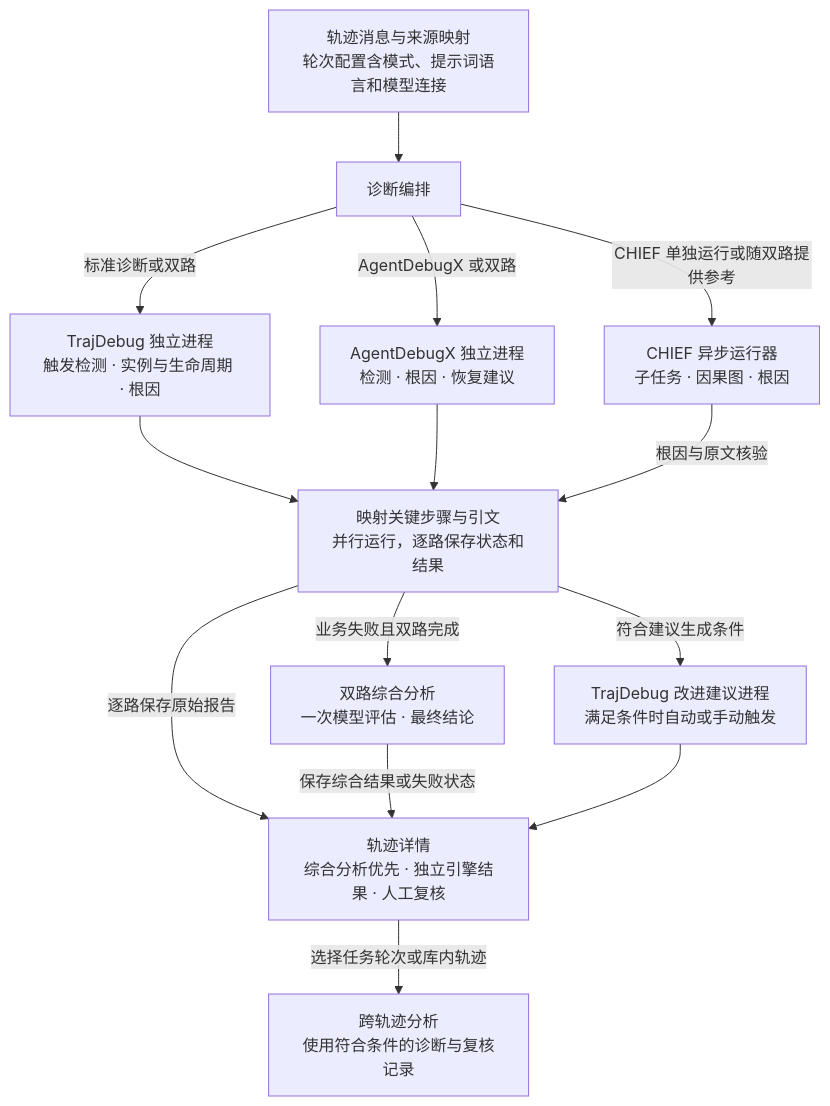
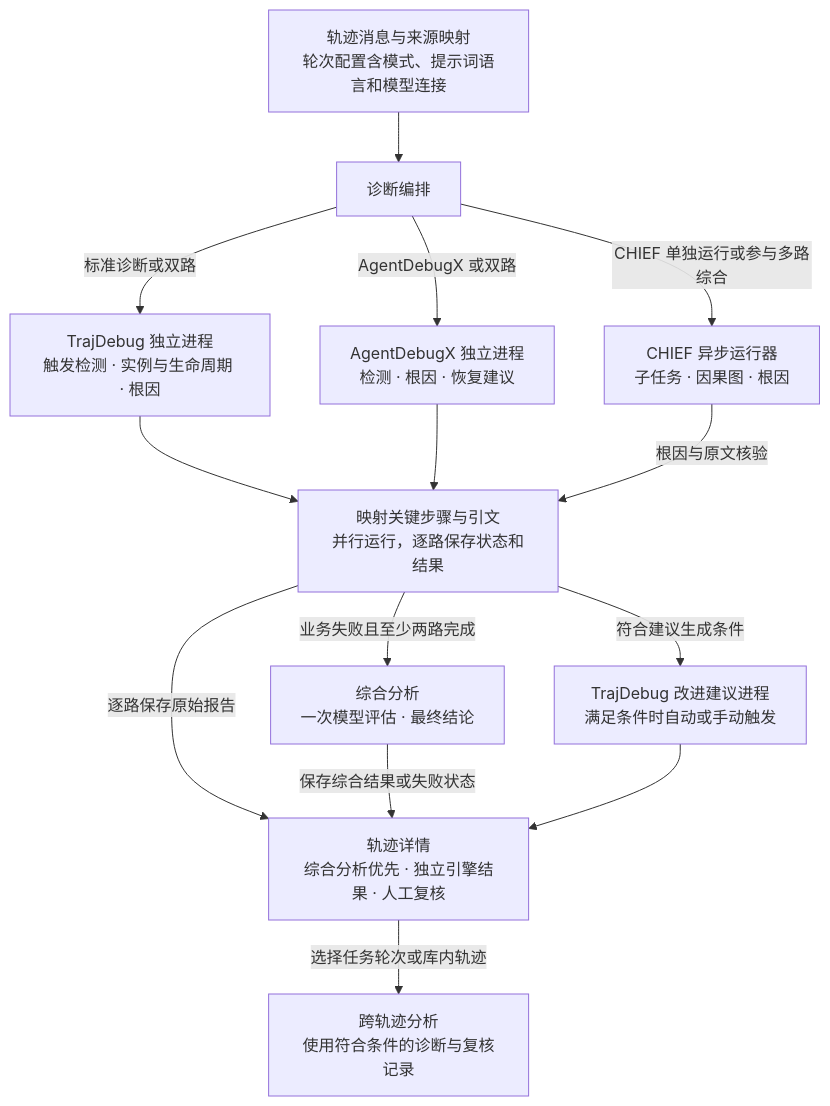
The second of 2 diagrams in docs/architecture.md (szluoqy-byte/agent-trace-diagnostics), drawn with Mermaid before and after one commit. The commit also changed other lines of this file and 21 other files, not shown here.

````diff
--- a/docs/architecture.md
+++ b/docs/architecture.md
@@ -48,27 +48,27 @@
 ```mermaid
 flowchart TB
     Input["轨迹消息与来源映射<br/>轮次配置含模式、提示词语言和模型连接"]
     Dispatch["诊断编排"]
     TD["TrajDebug 独立进程<br/>触发检测 · 实例与生命周期 · 根因"]
     AD["AgentDebugX 独立进程<br/>检测 · 根因 · 恢复建议"]
     CH["CHIEF 异步运行器<br/>子任务 · 因果图 · 根因"]
     Evidence["映射关键步骤与引文<br/>并行运行，逐路保存状态和结果"]
-    Synthesis["双路综合分析<br/>一次模型评估 · 最终结论"]
+    Synthesis["综合分析<br/>一次模型评估 · 最终结论"]
     Feedback["TrajDebug 改进建议进程<br/>满足条件时自动或手动触发"]
     Report["轨迹详情<br/>综合分析优先 · 独立引擎结果 · 人工复核"]
     Aggregate["跨轨迹分析<br/>使用符合条件的诊断与复核记录"]
 
     Input --> Dispatch
     Dispatch -->|标准诊断或双路| TD
     Dispatch -->|AgentDebugX 或双路| AD
-    Dispatch -->|CHIEF 单独运行或随双路提供参考| CH
+    Dispatch -->|CHIEF 单独运行或参与多路综合| CH
     TD --> Evidence
     AD --> Evidence
     CH -->|根因与原文核验| Evidence
     Evidence -->|逐路保存原始报告| Report
-    Evidence -->|业务失败且双路完成| Synthesis
+    Evidence -->|业务失败且至少两路完成| Synthesis
     Synthesis -->|保存综合结果或失败状态| Report
     Evidence -->|符合建议生成条件| Feedback
     Feedback --> Report
     Report -->|选择任务轮次或库内轨迹| Aggregate
 ```
````
